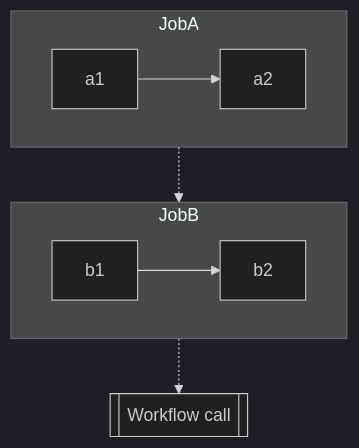
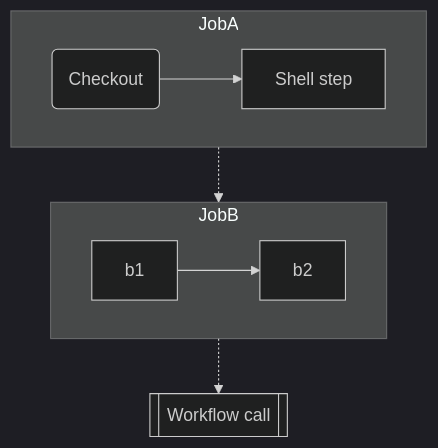
Before and after one commit to watermarkhu/mkdocstrings-github: the diagram in docs/usage/general.md, drawn with Mermaid (dark theme). The commit also changed other lines of this file and 5 other files, not shown here.

````diff
--- a/docs/usage/general.md
+++ b/docs/usage/general.md
@@ -74,13 +74,13 @@
 ```mermaid
 flowchart TB
     subgraph JobA
         direction LR
-        a1 --> a2
+        a1(Checkout) --> a2["Shell step"]
     end
     subgraph JobB
         direction LR
         b1 --> b2
     end
     JobA -.-> JobB
     JobB -.-> Workflow[["Workflow call"]]
 ```
````
